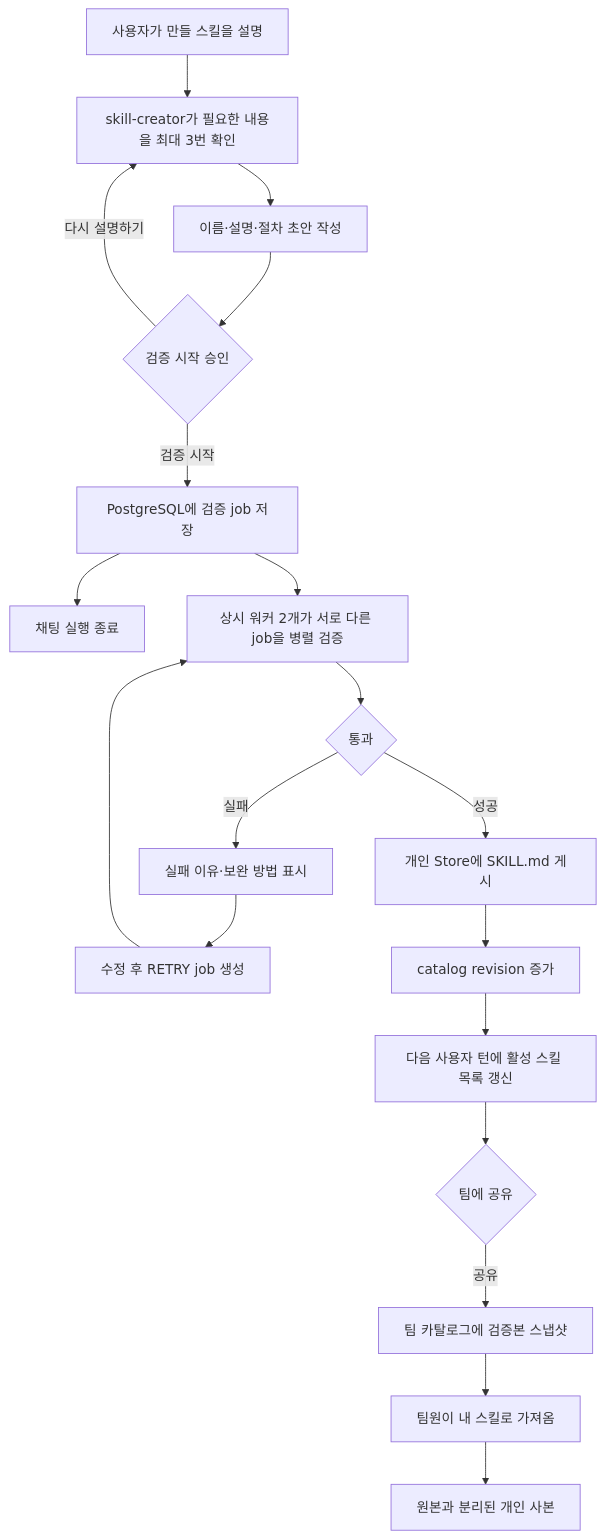
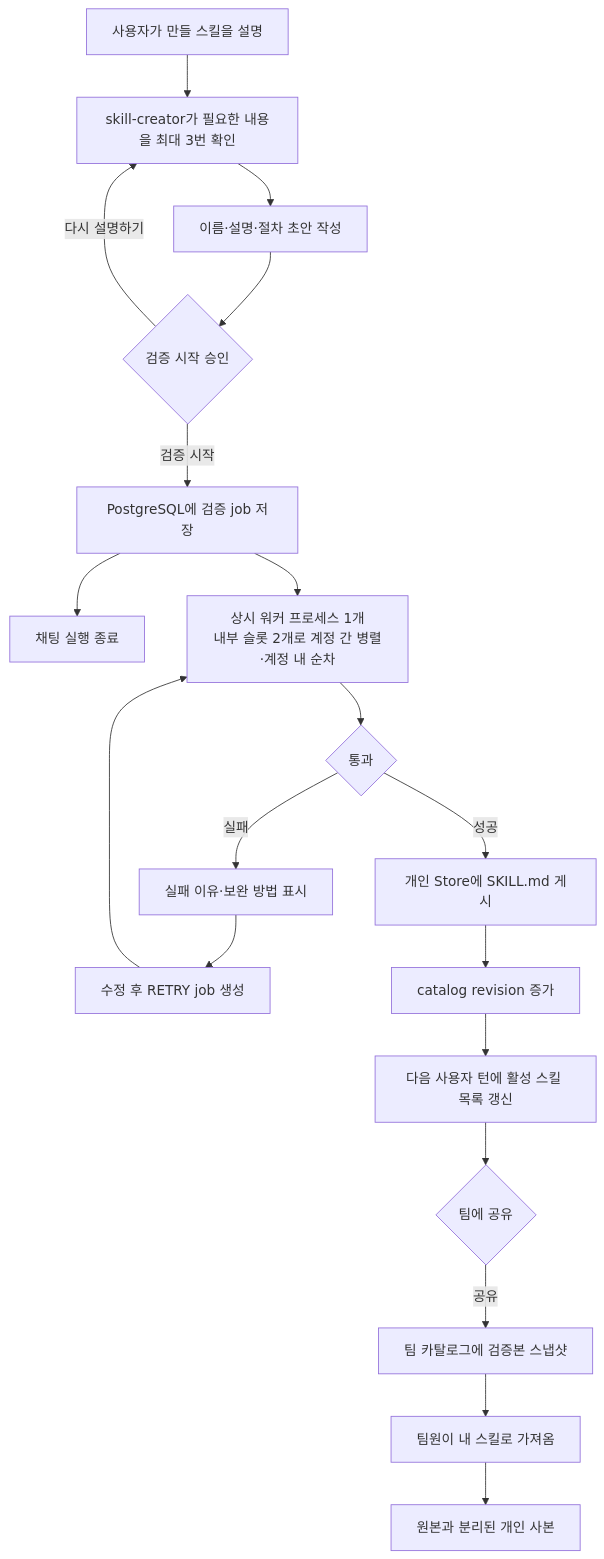
The diagram in docs/설계 및 구현/3_중간발표 이후/작업기록/Juyeon_Agents_Description/03_스킬_검증_등록_설계.md (SKNETWORKS-FAMILY-AICAMP/SKN29-FINAL-2TEAM), drawn with Mermaid before and after one commit. The commit also changed other lines of this file and 1 other file, not shown here.

````diff
--- a/docs/설계 및 구현/3_중간발표 이후/작업기록/Juyeon_Agents_Description/03_스킬_검증_등록_설계.md
+++ b/docs/설계 및 구현/3_중간발표 이후/작업기록/Juyeon_Agents_Description/03_스킬_검증_등록_설계.md
@@ -8,21 +8,21 @@
 ```mermaid
 flowchart TD
     A[사용자가 만들 스킬을 설명] --> B[skill-creator가 필요한 내용을 최대 3번 확인]
     B --> C[이름·설명·절차 초안 작성]
     C --> D{검증 시작 승인}
     D -->|다시 설명하기| B
     D -->|검증 시작| E[PostgreSQL에 검증 job 저장]
     E --> F[채팅 실행 종료]
-    E --> G[상시 워커 2개가 서로 다른 job을 병렬 검증]
+    E --> G[상시 워커 프로세스 1개<br/>내부 슬롯 2개로 계정 간 병렬·계정 내 순차]
     G --> H{통과}
     H -->|실패| I[실패 이유·보완 방법 표시]
     I --> J[수정 후 RETRY job 생성]
     J --> G
     H -->|성공| K[개인 Store에 SKILL.md 게시]
     K --> L[catalog revision 증가]
     L --> M[다음 사용자 턴에 활성 스킬 목록 갱신]
     M --> N{팀에 공유}
     N -->|공유| O[팀 카탈로그에 검증본 스냅샷]
     O --> P[팀원이 내 스킬로 가져옴]
     P --> Q[원본과 분리된 개인 사본]
 ```
````
